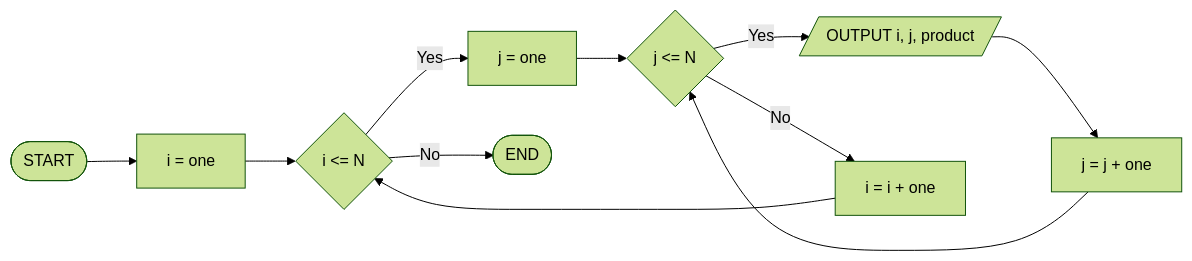
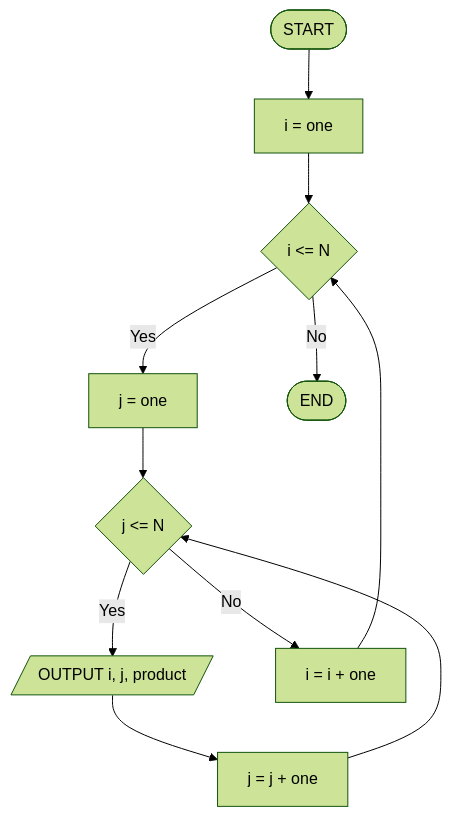
One commit to ISIBrussels/methodo-algo changed the second of 2 diagrams in docs/seances/04/exercices_seance_04.md. Above: the diagram before and after it, drawn with Mermaid (forest theme). The commit also changed 2 other files, not shown here.

Commit message:
fix(docs): S4 5/17 — flowchart via pipeline S3 (drop rustines)
Remove S4-only aimPast/alignFor/alignNestedLR; FOR uses rewireDiamondPorts
like S3 WHILE; nested loops redrawn as TB with shared stubs/gaps.

````diff
--- a/docs/seances/04/exercices_seance_04.md
+++ b/docs/seances/04/exercices_seance_04.md
@@ -112,13 +112,13 @@
 ```mermaid
-flowchart LR
+flowchart TB
   A([START]) --> B["i = one"]
   B --> C{i <= N}
   C -->|Yes| D["j = one"]
   D --> E{j <= N}
   E -->|Yes| F[/OUTPUT i, j, product/]
   F --> G["j = j + one"]
   G --> E
   E -->|No| H["i = i + one"]
   H --> C
   C -->|No| I([END])
 ```
````
